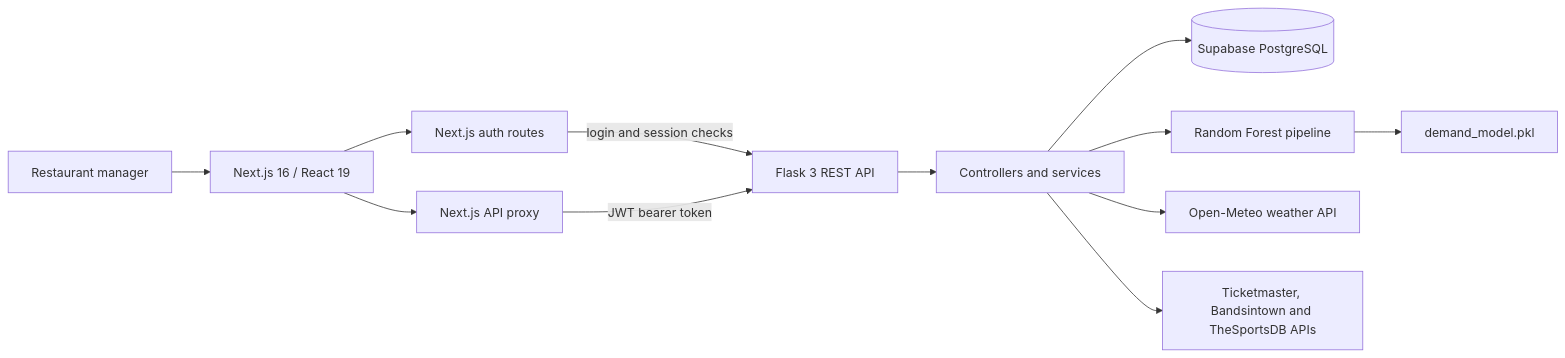
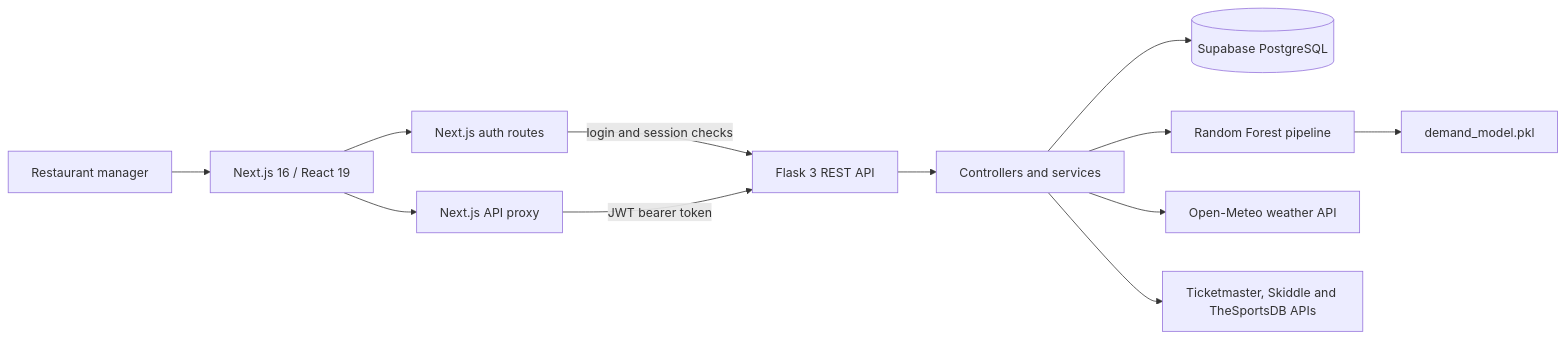
Before and after one commit to vale2015/Dissertation: the diagram in README.md, drawn with Mermaid. The commit also changed other lines of this file and 6 other files, not shown here.

````diff
--- a/README.md
+++ b/README.md
@@ -9,14 +9,14 @@
 ```mermaid
 flowchart LR
     U[Restaurant manager] --> N[Next.js 16 / React 19]
     N --> A[Next.js auth routes]
     N --> P[Next.js API proxy]
     A -->|login and session checks| F[Flask 3 REST API]
     P -->|JWT bearer token| F
     F --> S[Controllers and services]
     S --> D[(Supabase PostgreSQL)]
     S --> M[Random Forest pipeline]
     S --> W[Open-Meteo weather API]
-    S --> T[Ticketmaster, Bandsintown and TheSportsDB APIs]
+    S --> T[Ticketmaster, Skiddle and TheSportsDB APIs]
     M --> X[demand_model.pkl]
 ```
````
